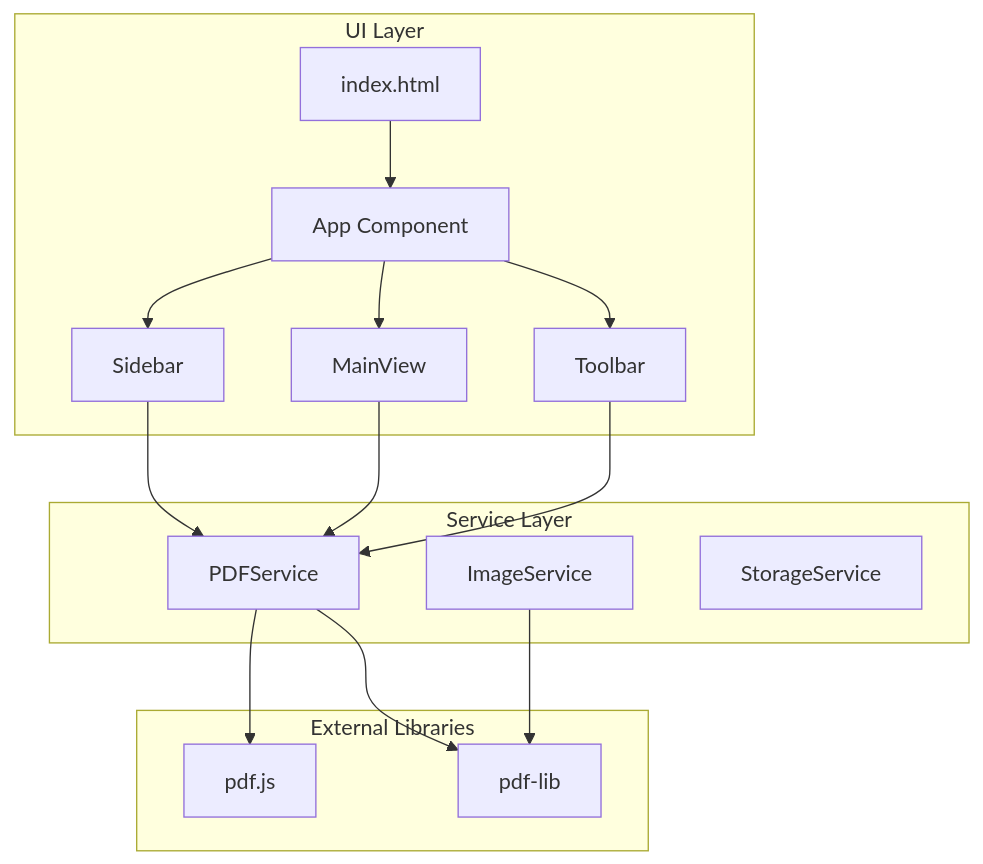
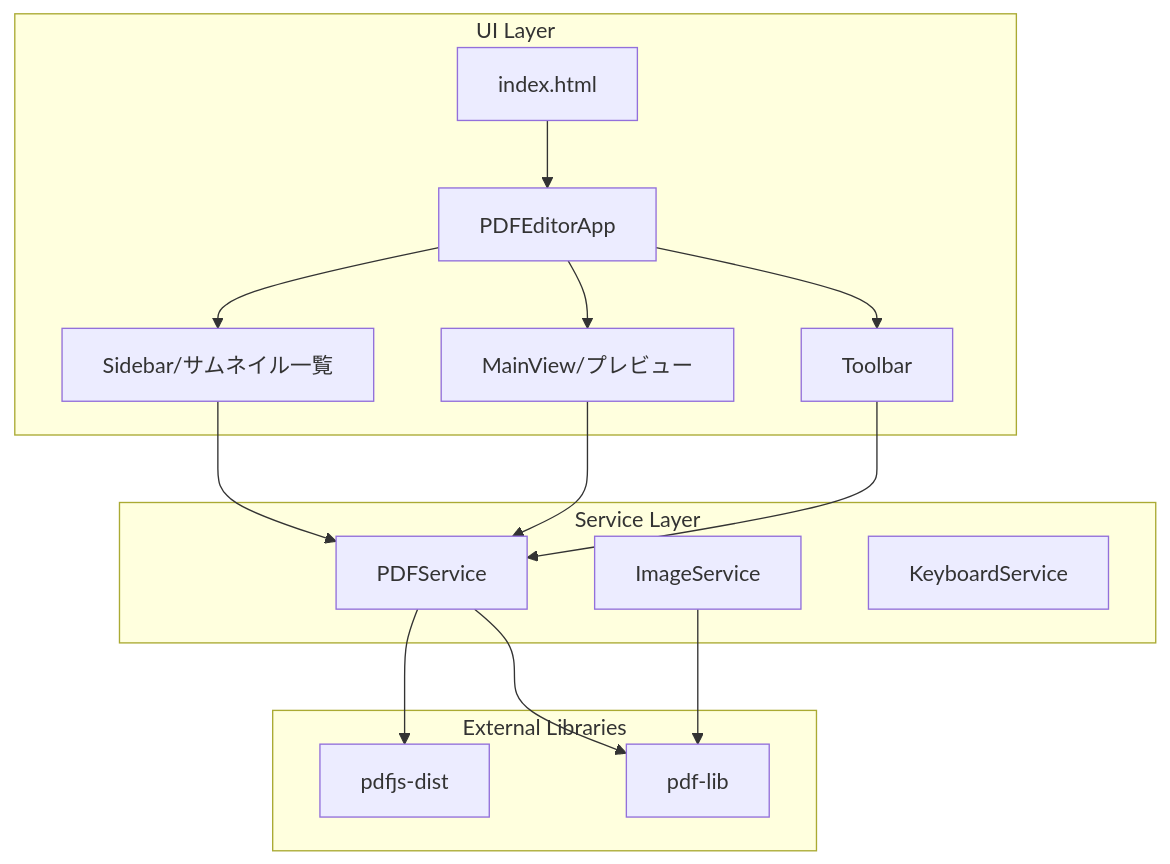
The first of 3 diagrams in docs/design.md (kumakun8325/pdfeditor), drawn with Mermaid before and after one commit. The commit also changed other lines of this file and 7 other files, not shown here.

````diff
--- a/docs/design.md
+++ b/docs/design.md
@@ -5,27 +5,27 @@
 ```mermaid
 graph TB
     subgraph UI Layer
-        A[index.html] --> B[App Component]
-        B --> C[Sidebar]
-        B --> D[MainView]
+        A[index.html] --> B[PDFEditorApp]
+        B --> C[Sidebar/サムネイル一覧]
+        B --> D[MainView/プレビュー]
         B --> E[Toolbar]
     end
     
     subgraph Service Layer
         F[PDFService]
         G[ImageService]
-        H[StorageService]
+        H[KeyboardService]
     end
     
     subgraph External Libraries
-        I[pdf.js]
+        I[pdfjs-dist]
         J[pdf-lib]
     end
     
     C --> F
     D --> F
     E --> F
     F --> I
     F --> J
     G --> J
 ```
````
